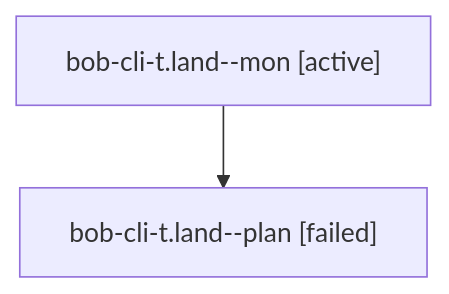
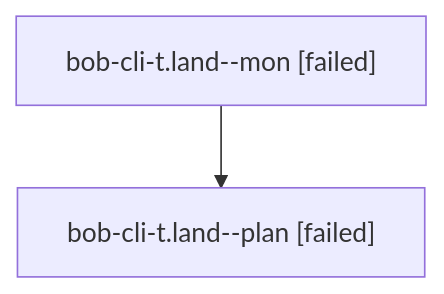
The diagram in families/bbugyi200.athena.bob-cli-t.land.md (bobs-org/bob-cli--agents), drawn with Mermaid before and after one commit. The commit also changed other lines of this file and 44 other files, not shown here.

````diff
--- a/families/bbugyi200.athena.bob-cli-t.land.md
+++ b/families/bbugyi200.athena.bob-cli-t.land.md
@@ -9,6 +9,6 @@
 ```mermaid
 flowchart TD
-  n0["bob-cli-t.land--mon [active]"]
+  n0["bob-cli-t.land--mon [failed]"]
   n1["bob-cli-t.land--plan [failed]"]
   n0 --> n1
 ```
````
